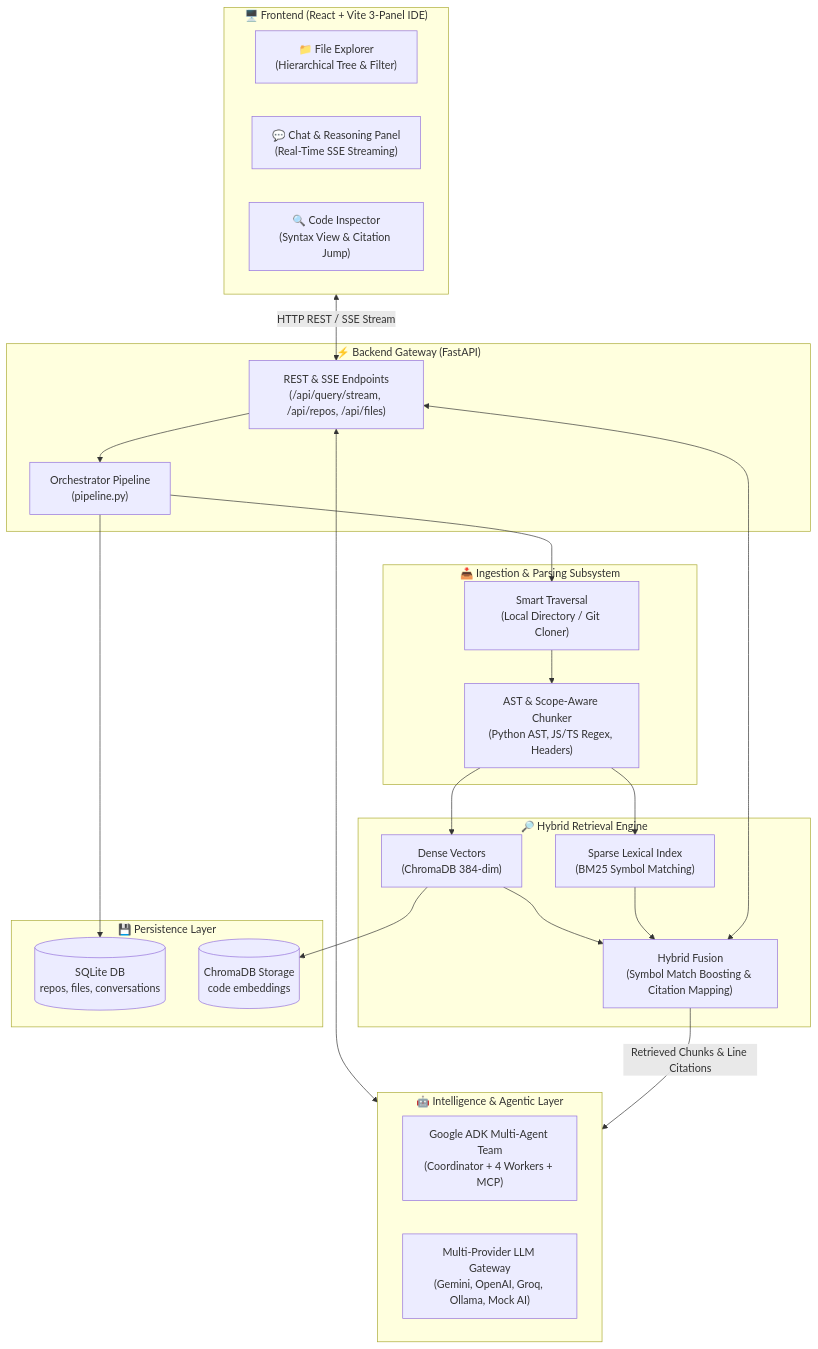
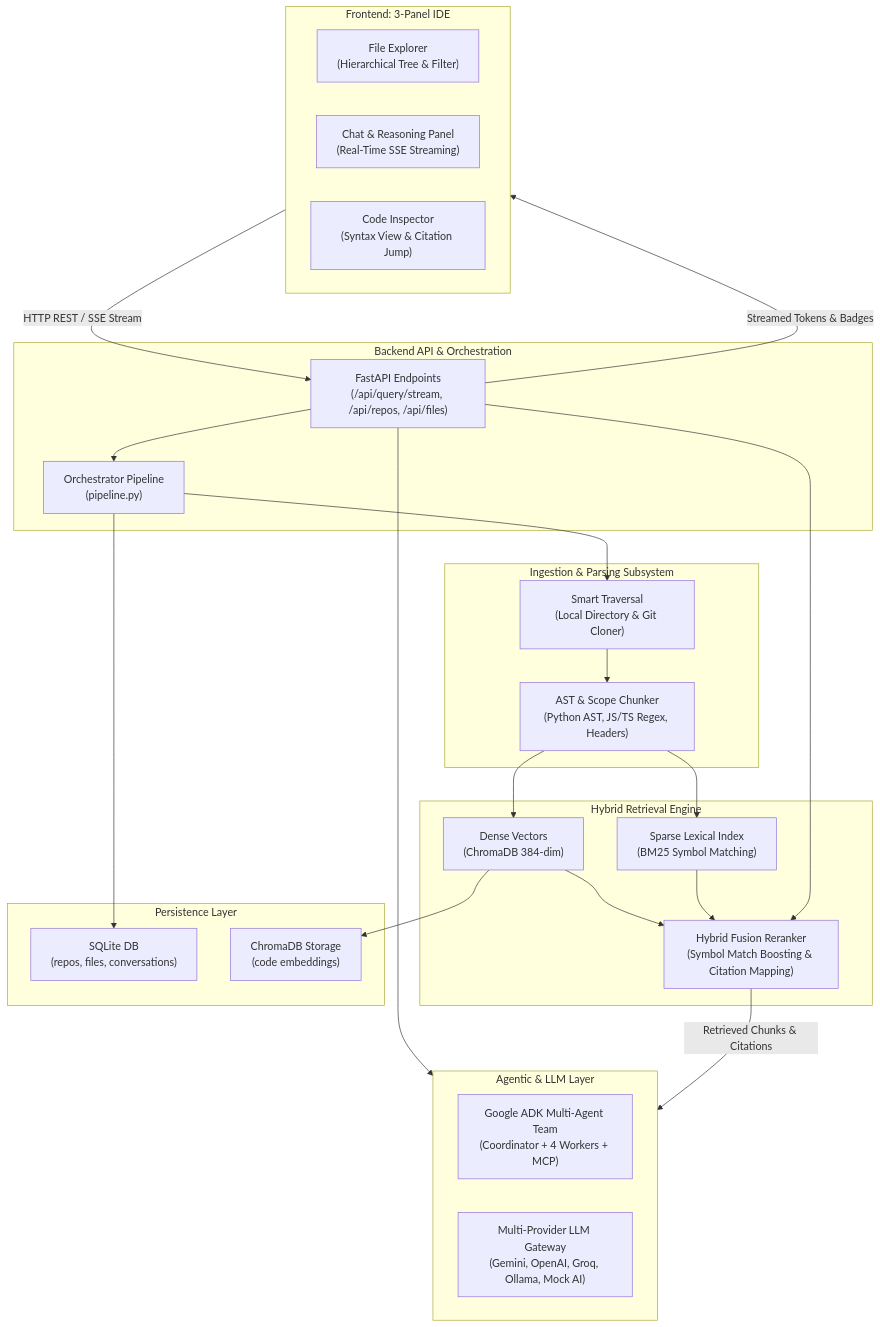
Before and after one commit to dissaa12/Repomind: the diagram in README.md, drawn with Mermaid.

Commit message:
docs: fix Mermaid syntax in README architecture diagram for universal renderer compatibility

````diff
--- a/README.md
+++ b/README.md
@@ -61,47 +61,49 @@
 ```mermaid
-graph TB
-    subgraph UI["🖥️ Frontend (React + Vite 3-Panel IDE)"]
-        FE["📁 File Explorer<br/>(Hierarchical Tree & Filter)"]
-        CP["💬 Chat & Reasoning Panel<br/>(Real-Time SSE Streaming)"]
-        CI["🔍 Code Inspector<br/>(Syntax View & Citation Jump)"]
+graph TD
+    subgraph Frontend [Frontend: 3-Panel IDE]
+        FE["File Explorer<br/>(Hierarchical Tree & Filter)"]
+        CP["Chat & Reasoning Panel<br/>(Real-Time SSE Streaming)"]
+        CI["Code Inspector<br/>(Syntax View & Citation Jump)"]
     end
 
-    subgraph API["⚡ Backend Gateway (FastAPI)"]
-        Endpoints["REST & SSE Endpoints<br/>(/api/query/stream, /api/repos, /api/files)"]
+    subgraph Backend [Backend API & Orchestration]
+        Endpoints["FastAPI Endpoints<br/>(/api/query/stream, /api/repos, /api/files)"]
         Pipeline["Orchestrator Pipeline<br/>(pipeline.py)"]
     end
 
-    subgraph INGEST["📥 Ingestion & Parsing Subsystem"]
-        Crawler["Smart Traversal<br/>(Local Directory / Git Cloner)"]
-        Chunker["AST & Scope-Aware Chunker<br/>(Python AST, JS/TS Regex, Headers)"]
+    subgraph Ingestion [Ingestion & Parsing Subsystem]
+        Crawler["Smart Traversal<br/>(Local Directory & Git Cloner)"]
+        Chunker["AST & Scope Chunker<br/>(Python AST, JS/TS Regex, Headers)"]
     end
 
-    subgraph RETRIEVAL["🔎 Hybrid Retrieval Engine"]
+    subgraph Retrieval [Hybrid Retrieval Engine]
         Chroma["Dense Vectors<br/>(ChromaDB 384-dim)"]
         BM25["Sparse Lexical Index<br/>(BM25 Symbol Matching)"]
-        Reranker["Hybrid Fusion<br/>(Symbol Match Boosting & Citation Mapping)"]
+        Reranker["Hybrid Fusion Reranker<br/>(Symbol Match Boosting & Citation Mapping)"]
     end
 
-    subgraph INTELLIGENCE["🤖 Intelligence & Agentic Layer"]
+    subgraph Intelligence [Agentic & LLM Layer]
         ADK["Google ADK Multi-Agent Team<br/>(Coordinator + 4 Workers + MCP)"]
         Providers["Multi-Provider LLM Gateway<br/>(Gemini, OpenAI, Groq, Ollama, Mock AI)"]
     end
 
-    subgraph STORAGE["💾 Persistence Layer"]
-        SQLite[("SQLite DB<br/>repos, files, conversations")]
-        VectorStore[("ChromaDB Storage<br/>code embeddings")]
+    subgraph Storage [Persistence Layer]
+        SQLite["SQLite DB<br/>(repos, files, conversations)"]
+        VectorStore["ChromaDB Storage<br/>(code embeddings)"]
     end
 
-    %% Interactions
-    UI <-->|HTTP REST / SSE Stream| Endpoints
+    Frontend -->|HTTP REST / SSE Stream| Endpoints
+    Endpoints -->|Streamed Tokens & Badges| Frontend
     Endpoints --> Pipeline
-    Pipeline --> Crawler --> Chunker
-    Chunker --> Chroma & BM25
-    Chroma & BM25 --> Reranker
-
-    Endpoints <--> Reranker
-    Endpoints <--> INTELLIGENCE
-    Reranker -->|Retrieved Chunks & Line Citations| INTELLIGENCE
+    Pipeline --> Crawler
+    Crawler --> Chunker
+    Chunker --> Chroma
+    Chunker --> BM25
+    Chroma --> Reranker
+    BM25 --> Reranker
+    Endpoints --> Reranker
+    Endpoints --> Intelligence
+    Reranker -->|Retrieved Chunks & Citations| Intelligence
     Pipeline --> SQLite
     Chroma --> VectorStore
 ```
````
